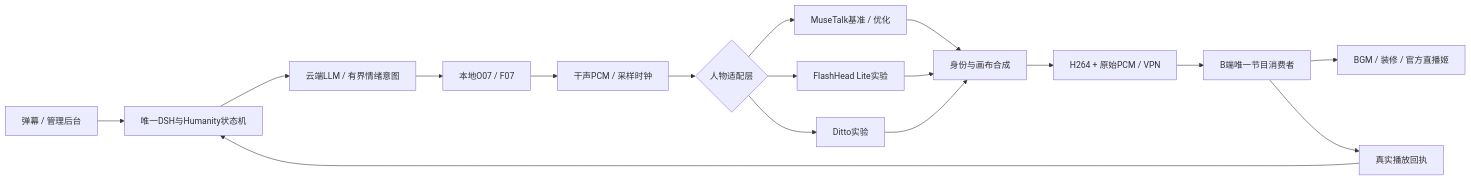
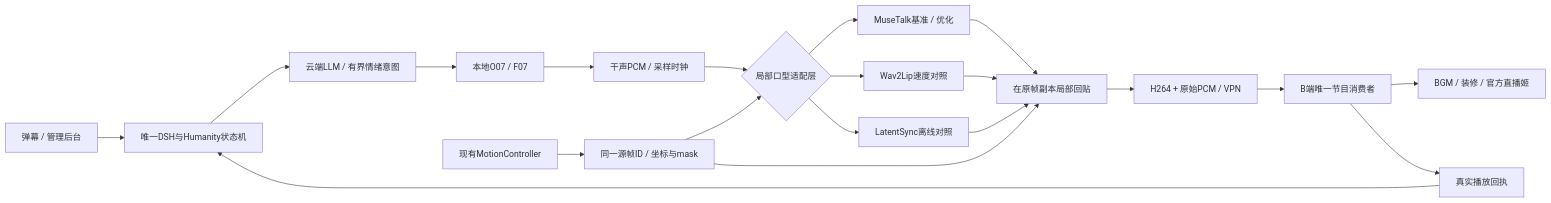
Before and after one commit to wikigsroom/Ai-Talk-Streamer: the diagram in docs/analysis/STREAMING_AVATAR_TUNING_20261028.md, drawn with Mermaid. The commit also changed other lines of this file and 7 other files, not shown here.

````diff
--- a/docs/analysis/STREAMING_AVATAR_TUNING_20261028.md
+++ b/docs/analysis/STREAMING_AVATAR_TUNING_20261028.md
@@ -25,19 +27,22 @@
 ```mermaid
 flowchart LR
   A[弹幕 / 管理后台] --> B[唯一DSH与Humanity状态机]
   B --> C[云端LLM / 有界情绪意图]
   C --> D[本地O07 / F07]
   D --> E[干声PCM / 采样时钟]
-  E --> F{人物适配层}
+  E --> F{局部口型适配层}
+  P[现有MotionController] --> Q[同一源帧ID / 坐标与mask]
+  Q --> F
   F --> G[MuseTalk基准 / 优化]
-  F --> H[FlashHead Lite实验]
-  F --> I[Ditto实验]
-  G --> J[身份与画布合成]
+  F --> H[Wav2Lip速度对照]
+  F --> I[LatentSync离线对照]
+  Q --> J[在原帧副本局部回贴]
+  G --> J
   H --> J
   I --> J
   J --> K[H264 + 原始PCM / VPN]
   K --> L[B端唯一节目消费者]
   L --> M[BGM / 装修 / 官方直播姬]
   L --> N[真实播放回执]
   N --> B
 ```
````
